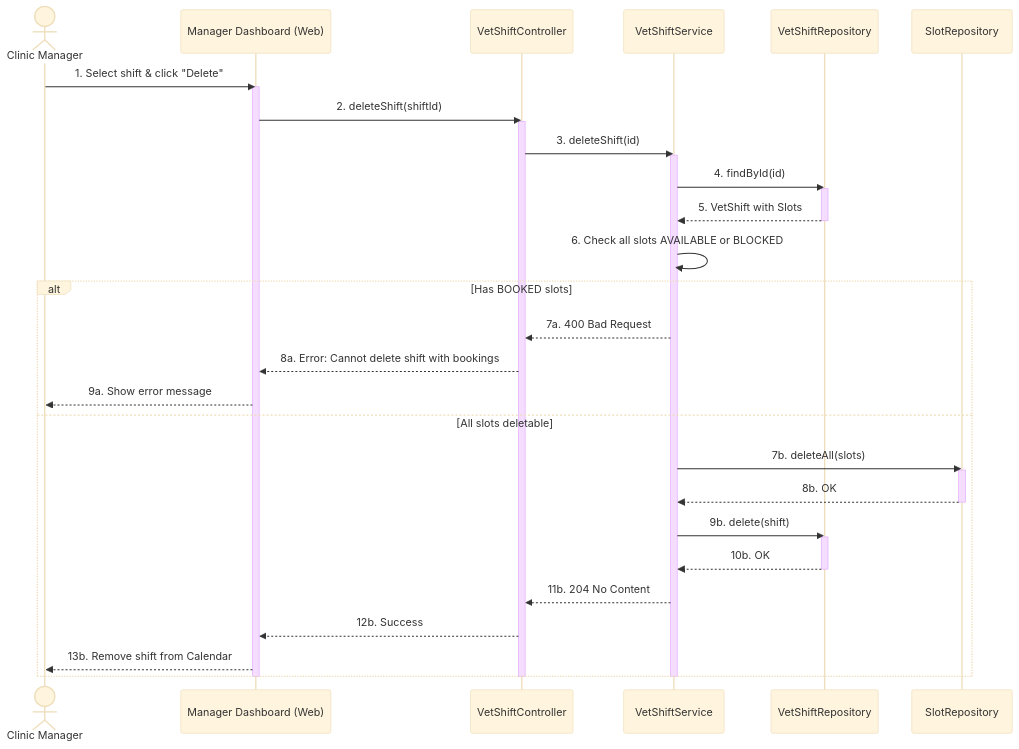
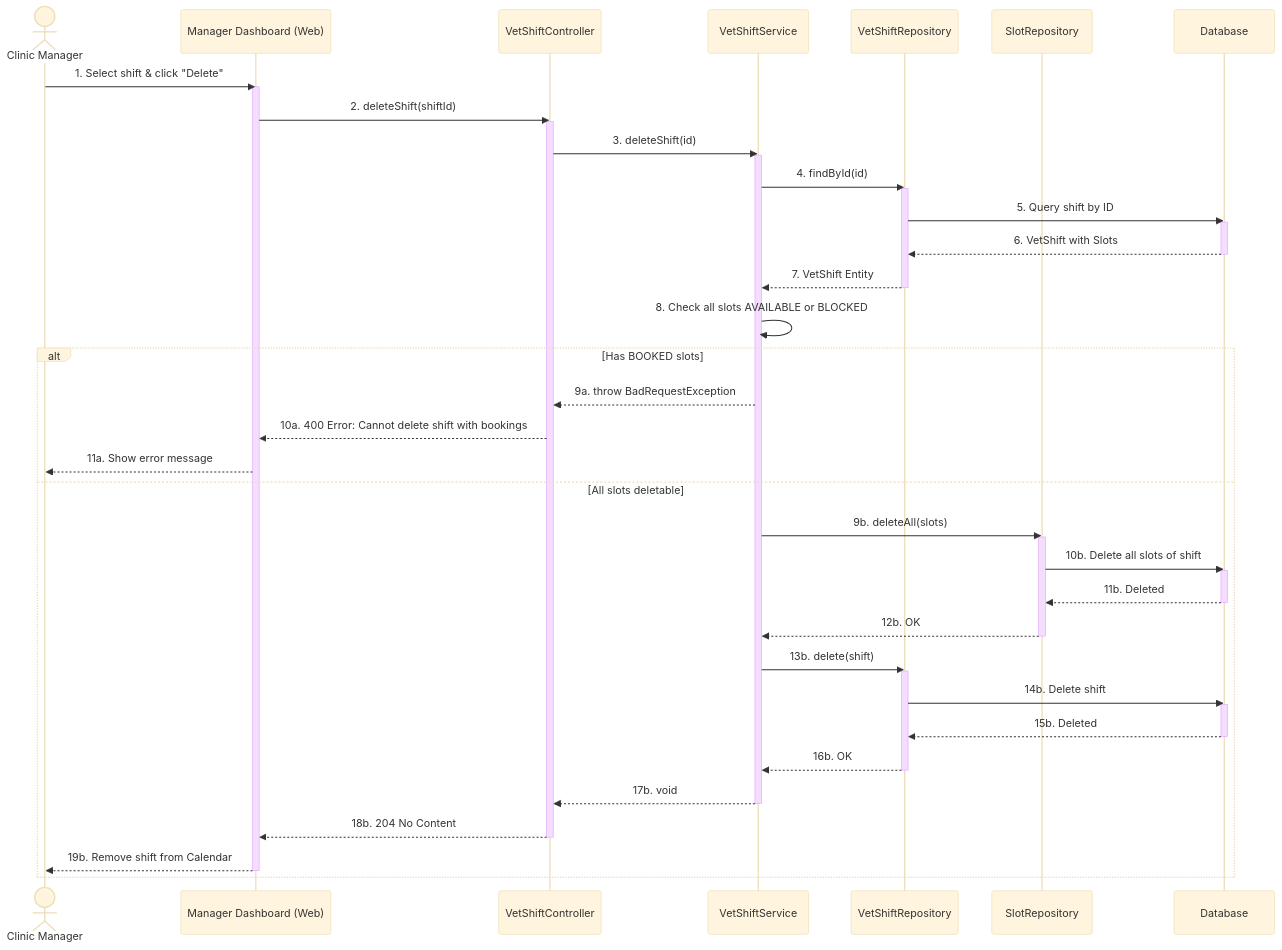
Before and after one commit to espresso23/Petties-Veterinary-Appointment-Booking-Platform: diagram 18 of 42 in docs-references/documentation/SDD/REPORT_4_SDD_SYSTEM_DESIGN.md, drawn with Mermaid (base theme). The commit also changed other lines of this file and 15 other files, not shown here.

````diff
--- a/docs-references/documentation/SDD/REPORT_4_SDD_SYSTEM_DESIGN.md
+++ b/docs-references/documentation/SDD/REPORT_4_SDD_SYSTEM_DESIGN.md
@@ -1482,41 +1723,54 @@
 ```mermaid
 sequenceDiagram
     actor M as Clinic Manager
     participant UI as Manager Dashboard (Web)
     participant C as VetShiftController
     participant S as VetShiftService
     participant VSR as VetShiftRepository
     participant SR as SlotRepository
+    participant DB as Database
 
     M->>UI: 1. Select shift & click "Delete"
     activate UI
     UI->>C: 2. deleteShift(shiftId)
     activate C
     C->>S: 3. deleteShift(id)
     activate S
     S->>VSR: 4. findById(id)
     activate VSR
-    VSR-->>S: 5. VetShift with Slots
+    VSR->>DB: 5. Query shift by ID
+    activate DB
+    DB-->>VSR: 6. VetShift with Slots
+    deactivate DB
+    VSR-->>S: 7. VetShift Entity
     deactivate VSR
-    S->>S: 6. Check all slots AVAILABLE or BLOCKED
+    S->>S: 8. Check all slots AVAILABLE or BLOCKED
     alt Has BOOKED slots
-        S-->>C: 7a. 400 Bad Request
-        C-->>UI: 8a. Error: Cannot delete shift with bookings
-        UI-->>M: 9a. Show error message
+        S-->>C: 9a. throw BadRequestException
+        C-->>UI: 10a. 400 Error: Cannot delete shift with bookings
+        UI-->>M: 11a. Show error message
     else All slots deletable
-        S->>SR: 7b. deleteAll(slots)
+        S->>SR: 9b. deleteAll(slots)
         activate SR
-        SR-->>S: 8b. OK
+        SR->>DB: 10b. Delete all slots of shift
+        activate DB
+        DB-->>SR: 11b. Deleted
+        deactivate DB
+        SR-->>S: 12b. OK
         deactivate SR
-        S->>VSR: 9b. delete(shift)
+        S->>VSR: 13b. delete(shift)
         activate VSR
-        VSR-->>S: 10b. OK
+        VSR->>DB: 14b. Delete shift
+        activate DB
+        DB-->>VSR: 15b. Deleted
+        deactivate DB
+        VSR-->>S: 16b. OK
         deactivate VSR
-        S-->>C: 11b. 204 No Content
-        C-->>UI: 12b. Success
-        UI-->>M: 13b. Remove shift from Calendar
+        S-->>C: 17b. void
+        deactivate S
+        C-->>UI: 18b. 204 No Content
+        deactivate C
+        UI-->>M: 19b. Remove shift from Calendar
+        deactivate UI
     end
-    deactivate S
-    deactivate C
-    deactivate UI
 ```
````
